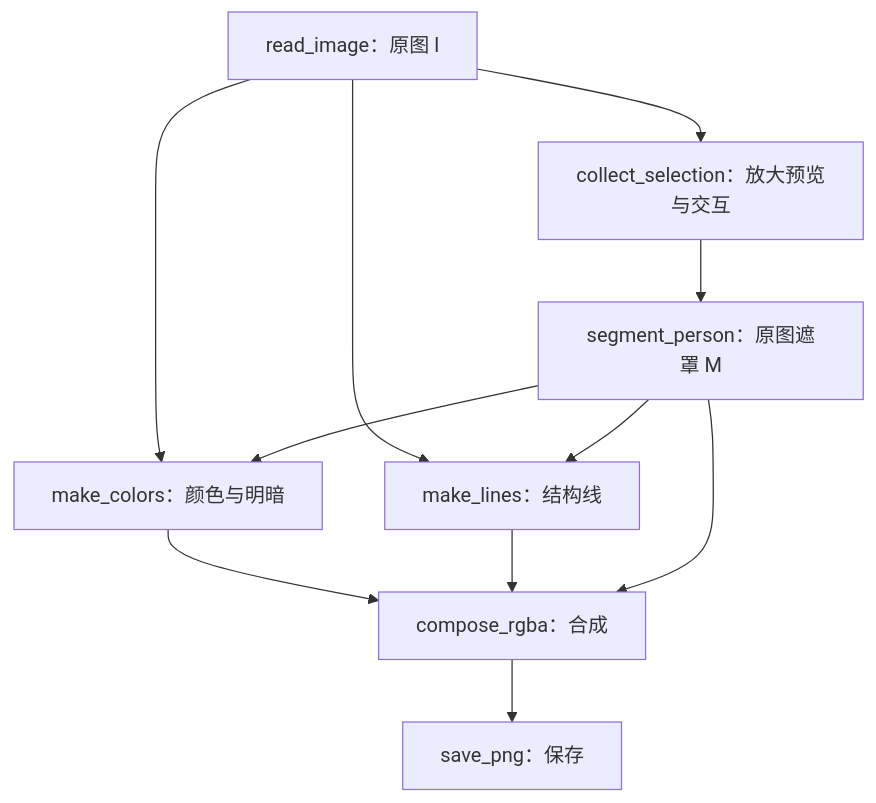
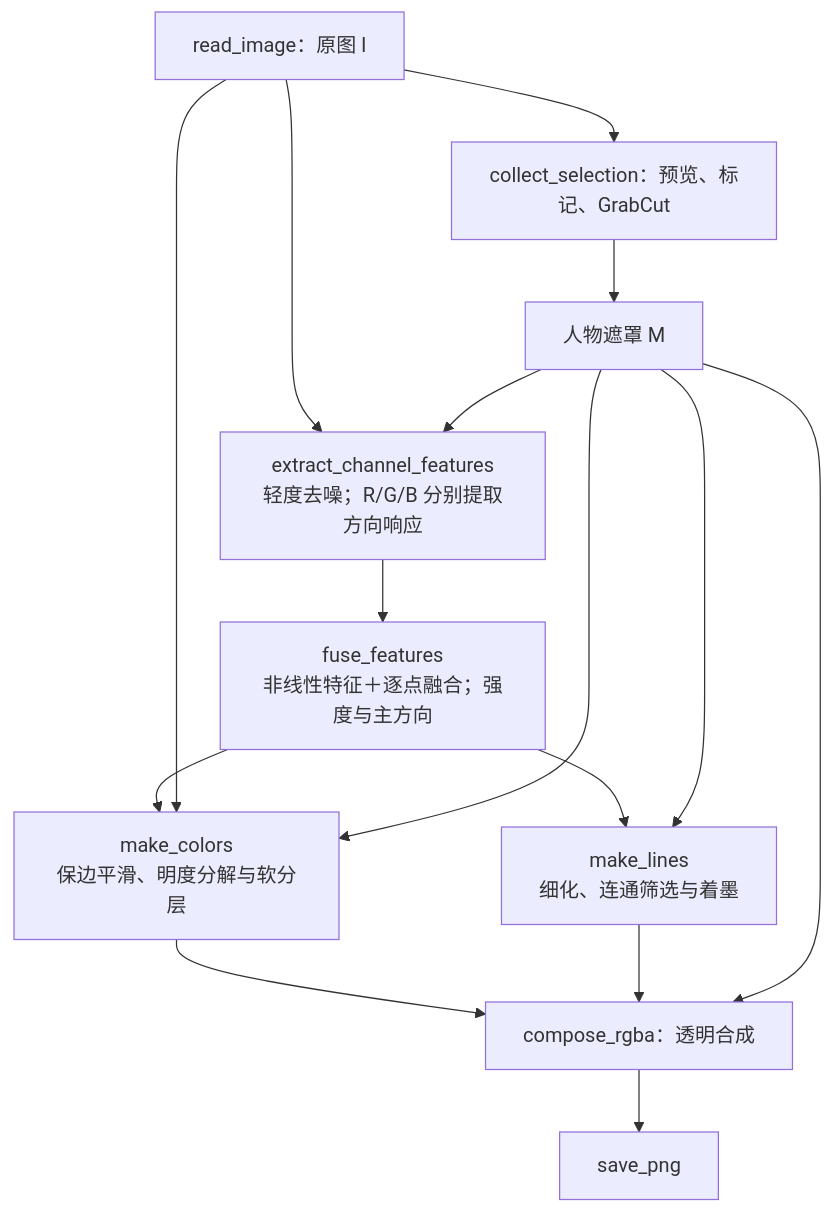
The diagram in projects/cnn_cartoon_portrait/下一版设计.md (Graygoo7529/course-notes), drawn with Mermaid before and after one commit. The commit also changed other lines of this file and 3 other files, not shown here.

```diff
--- a/projects/cnn_cartoon_portrait/下一版设计.md
+++ b/projects/cnn_cartoon_portrait/下一版设计.md
@@ -11,13 +29,17 @@
 ~~~mermaid
 flowchart TD
-    A["read_image：原图 I"] --> U["collect_selection：放大预览与交互"]
-    U --> M["segment_person：原图遮罩 M"]
-    A --> C["make_colors：颜色与明暗"]
-    A --> L["make_lines：结构线"]
+    I["read_image：原图 I"] --> U["collect_selection：预览、标记、GrabCut"]
+    U --> M["人物遮罩 M"]
+    I --> F["extract_channel_features<br/>轻度去噪；R/G/B 分别提取方向响应"]
+    M --> F
+    F --> S["fuse_features<br/>非线性特征＋逐点融合；强度与主方向"]
+    S --> C["make_colors<br/>保边平滑、明度分解与软分层"]
+    S --> L["make_lines<br/>细化、连通筛选与着墨"]
+    I --> C
     M --> C
     M --> L
-    C --> R["compose_rgba：合成"]
+    C --> R["compose_rgba：透明合成"]
     L --> R
     M --> R
-    R --> S["save_png：保存"]
+    R --> O["save_png"]
 ~~~
```
